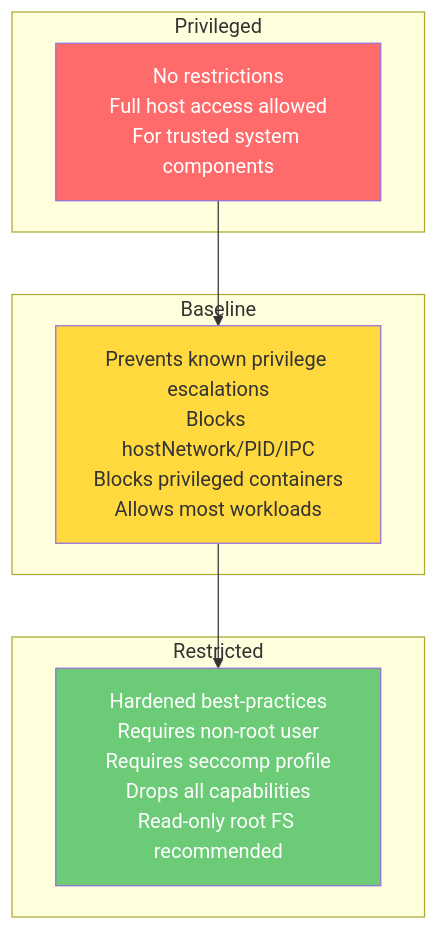
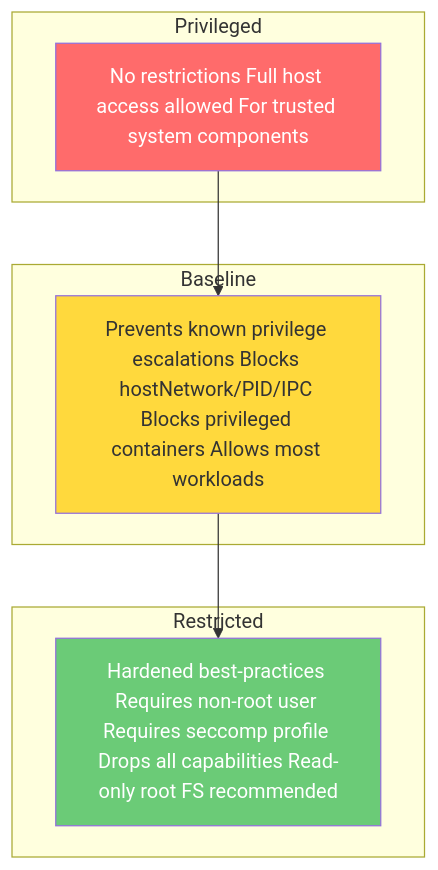
Before and after one commit to UncleJS/course_k3s: the second of 4 diagrams in 09_security/03_pod_security_standards.md, drawn with Mermaid. The commit also changed other lines of this file and 57 other files, not shown here.

````diff
--- a/09_security/03_pod_security_standards.md
+++ b/09_security/03_pod_security_standards.md
@@ -59,17 +59,17 @@
 ```mermaid
 graph TD
     subgraph "Privileged"
-        P[No restrictions\nFull host access allowed\nFor trusted system components]
+        P[No restrictions Full host access allowed For trusted system components]
     end
     subgraph "Baseline"
-        B[Prevents known privilege escalations\nBlocks hostNetwork/PID/IPC\nBlocks privileged containers\nAllows most workloads]
+        B[Prevents known privilege escalations Blocks hostNetwork/PID/IPC Blocks privileged containers Allows most workloads]
     end
     subgraph "Restricted"
-        R[Hardened best-practices\nRequires non-root user\nRequires seccomp profile\nDrops all capabilities\nRead-only root FS recommended]
+        R[Hardened best-practices Requires non-root user Requires seccomp profile Drops all capabilities Read-only root FS recommended]
     end
 
     P --> B --> R
     style P fill:#ff6b6b,color:#fff
     style B fill:#ffd93d,color:#333
     style R fill:#6bcb77,color:#fff
 ```
````
